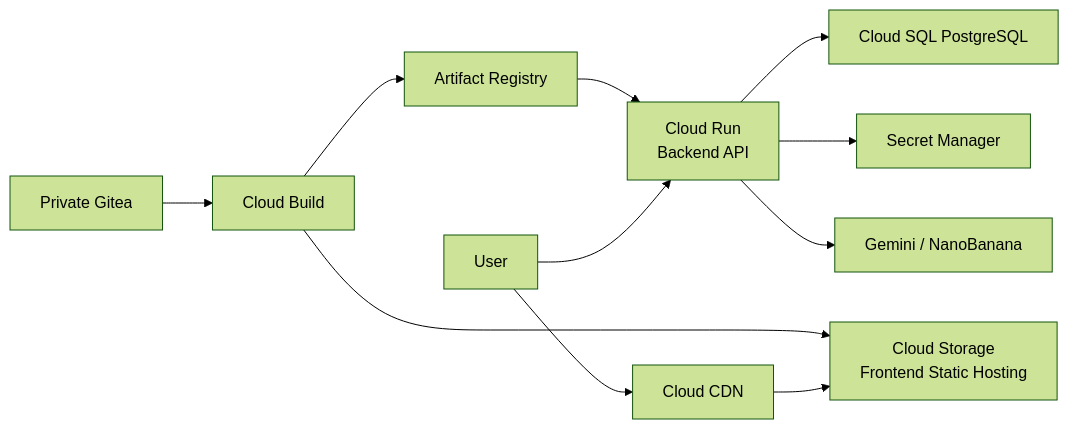
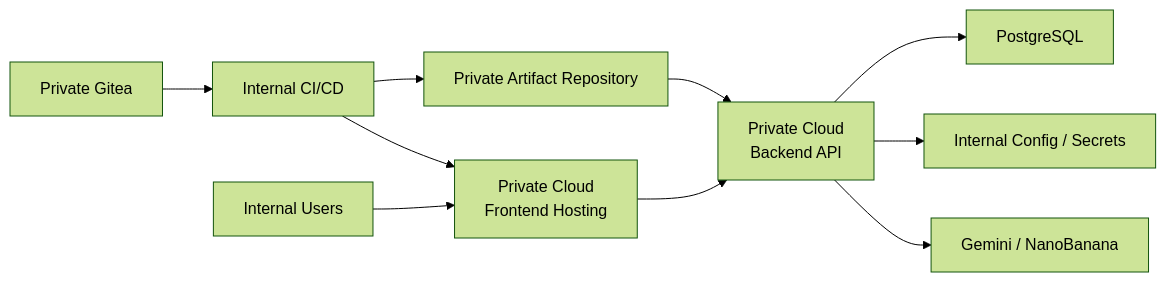
Before and after one commit to fwangjuwon/nsonge_project: the sixth of 6 diagrams in README.md, drawn with Mermaid (forest theme). The commit also changed other lines of this file and 1 other file, not shown here.

Commit message:
docs: correct infrastructure description

````diff
--- a/README.md
+++ b/README.md
@@ -346,13 +346,12 @@
 ```mermaid
 flowchart LR
-    Gitea["Private Gitea"] --> Build["Cloud Build"]
-    Build --> Artifact["Artifact Registry"]
-    Build --> GCS["Cloud Storage\nFrontend Static Hosting"]
-    Artifact --> Run["Cloud Run\nBackend API"]
-    Run --> SQL["Cloud SQL PostgreSQL"]
-    Run --> Secret["Secret Manager"]
-    Run --> AI["Gemini / NanoBanana"]
-    CDN["Cloud CDN"] --> GCS
-    User["User"] --> CDN
-    User --> Run
+    Gitea["Private Gitea"] --> CI["Internal CI/CD"]
+    CI --> Artifact["Private Artifact Repository"]
+    CI --> FE["Private Cloud\nFrontend Hosting"]
+    Artifact --> BE["Private Cloud\nBackend API"]
+    BE --> DB["PostgreSQL"]
+    BE --> Config["Internal Config / Secrets"]
+    BE --> AI["Gemini / NanoBanana"]
+    User["Internal Users"] --> FE
+    FE --> BE
 ```
````
